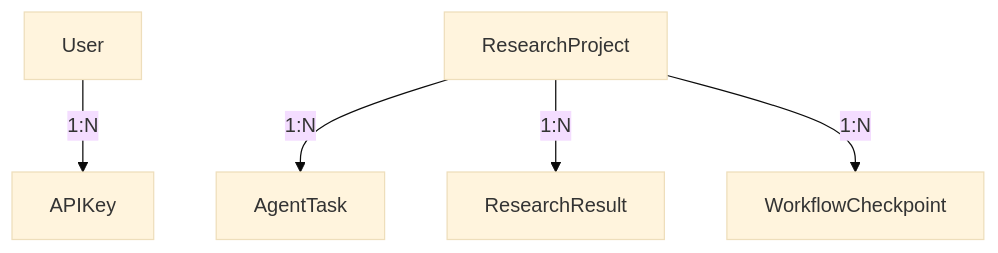
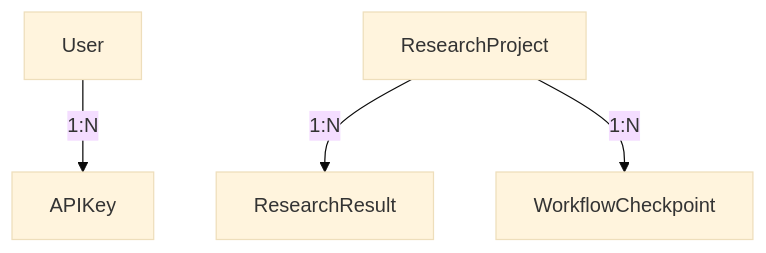
Before and after one commit to jsogarro/cerebro: the diagram in docs/database-architecture.md, drawn with Mermaid (base theme). The commit also changed other lines of this file and 27 other files, not shown here.

First line of the commit message:
chore: delete the never-adopted agent_tasks table and TaskRepository (#184)

````diff
--- a/docs/database-architecture.md
+++ b/docs/database-architecture.md
@@ -186,7 +162,6 @@
 ```mermaid
 graph TD
     User -->|1:N| APIKey
-    ResearchProject -->|1:N| AgentTask
     ResearchProject -->|1:N| ResearchResult
     ResearchProject -->|1:N| WorkflowCheckpoint
 ```
````
